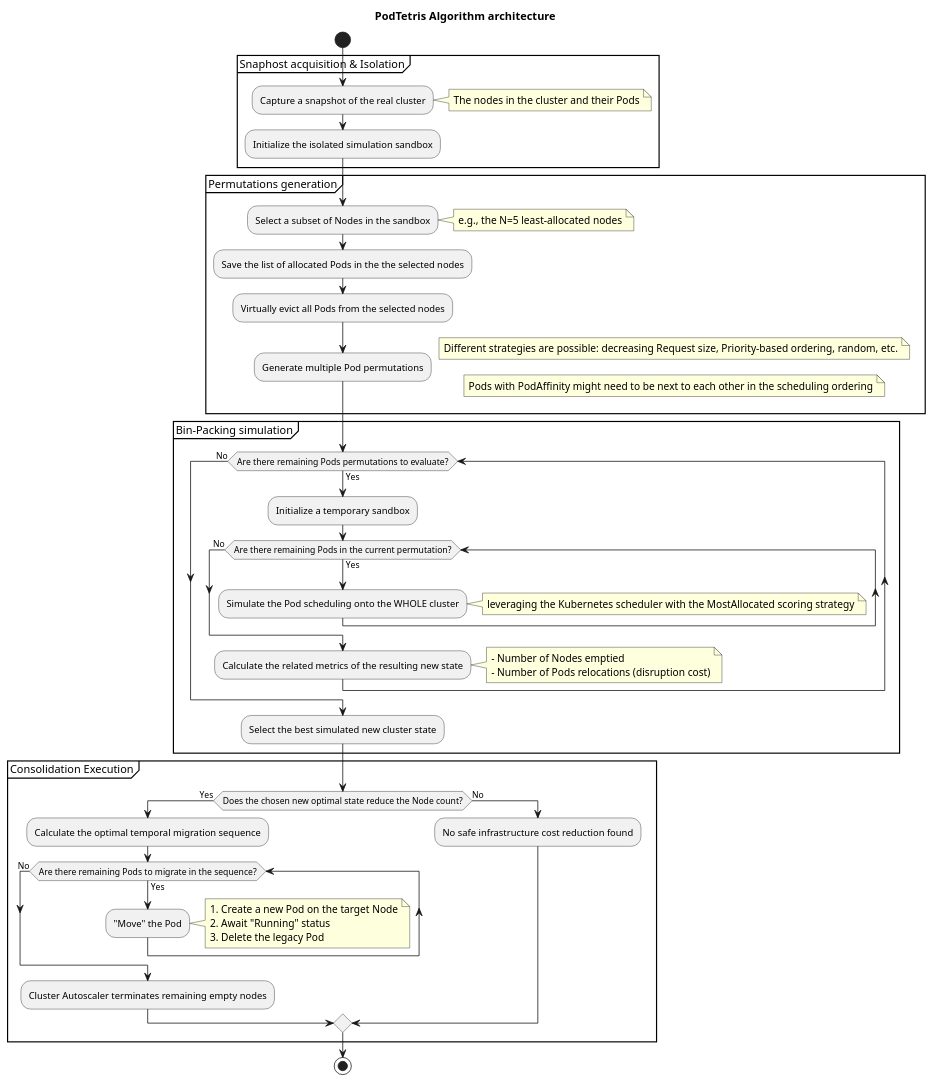
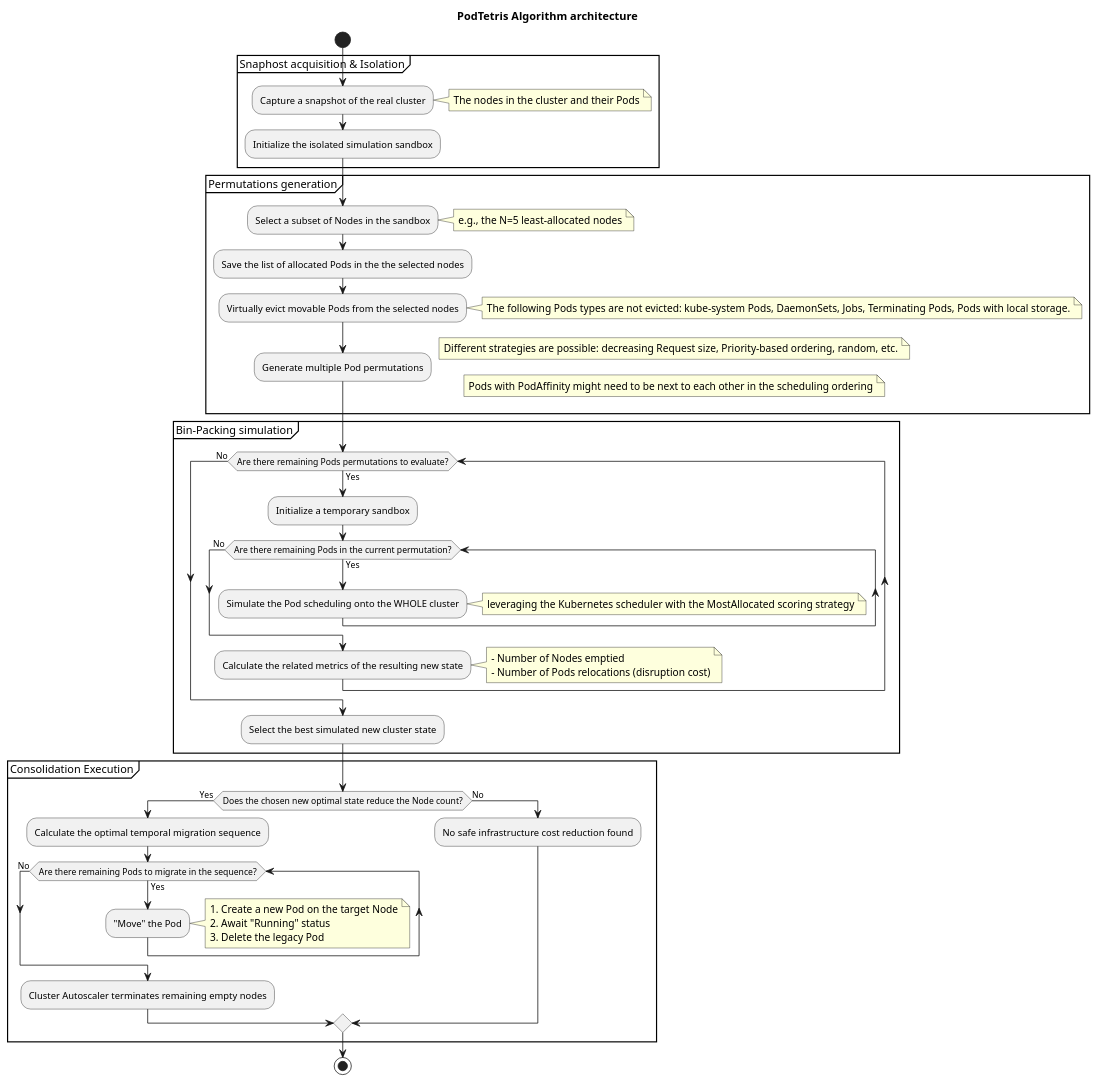
Before and after one commit to andreabuon/podtetris: the diagram in docs/algorithm-plantUML.puml, drawn with PlantUML.

Commit message:
fix(docs): list pods that cannot be evicted from a node

```diff
--- a/docs/algorithm-plantUML.puml
+++ b/docs/algorithm-plantUML.puml
@@ -1,60 +1,61 @@
 @startuml
 
 title PodTetris Algorithm architecture
 
 start
 
 partition "Snaphost acquisition & Isolation" {
     :Capture a snapshot of the real cluster;
     note right: The nodes in the cluster and their Pods
     :Initialize the isolated simulation sandbox;
 }
 
 partition "Permutations generation" {
     :Select a subset of Nodes in the sandbox;
     note right: e.g., the N=5 least-allocated nodes
     :Save the list of allocated Pods in the the selected nodes;
-    :Virtually evict all Pods from the selected nodes;
+    :Virtually evict movable Pods from the selected nodes;
+    note right: The following Pods types are not evicted: kube-system Pods, DaemonSets, Jobs, Terminating Pods, Pods with local storage.
     :Generate multiple Pod permutations;
     note right: Different strategies are possible: decreasing Request size, Priority-based ordering, random, etc.
     note right: Pods with PodAffinity might need to be next to each other in the scheduling ordering
 }
 
 partition "Bin-Packing simulation" {
     while (Are there remaining Pods permutations to evaluate?) is (Yes)
         :Initialize a temporary sandbox;
         while (Are there remaining Pods in the current permutation?) is (Yes)
             :Simulate the Pod scheduling onto the WHOLE cluster;
             note right: leveraging the Kubernetes scheduler with the MostAllocated scoring strategy
         endwhile (No)
         :Calculate the related metrics of the resulting new state;
         note right
             - Number of Nodes emptied
             - Number of Pods relocations (disruption cost)
         endnote
     endwhile (No)
     
     :Select the best simulated new cluster state;
 }
 
 partition "Consolidation Execution" {
     if (Does the chosen new optimal state reduce the Node count?) then (Yes)
         :Calculate the optimal temporal migration sequence;
         
         while (Are there remaining Pods to migrate in the sequence?) is (Yes)
             :"Move" the Pod;
             note right
                 1. Create a new Pod on the target Node
                 2. Await "Running" status
                 3. Delete the legacy Pod
             endnote
         endwhile (No)
         
         :Cluster Autoscaler terminates remaining empty nodes;
     else (No)
         :No safe infrastructure cost reduction found;
     endif
 }
 
 stop
 @endum
```
